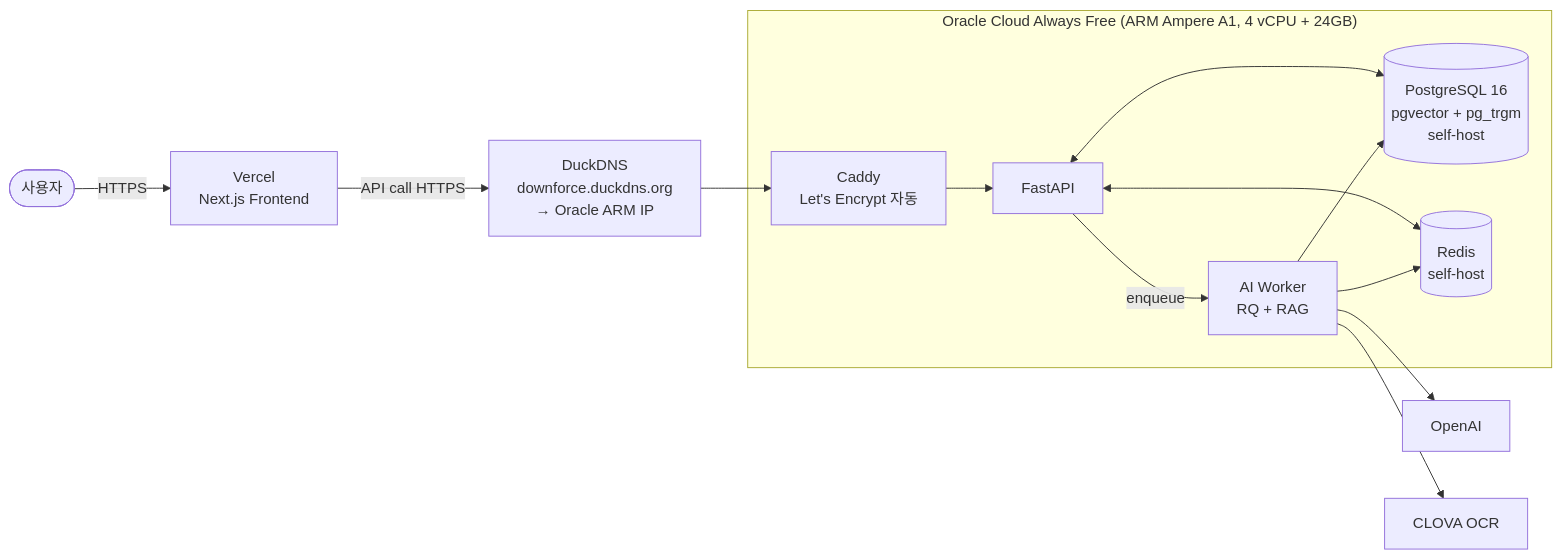
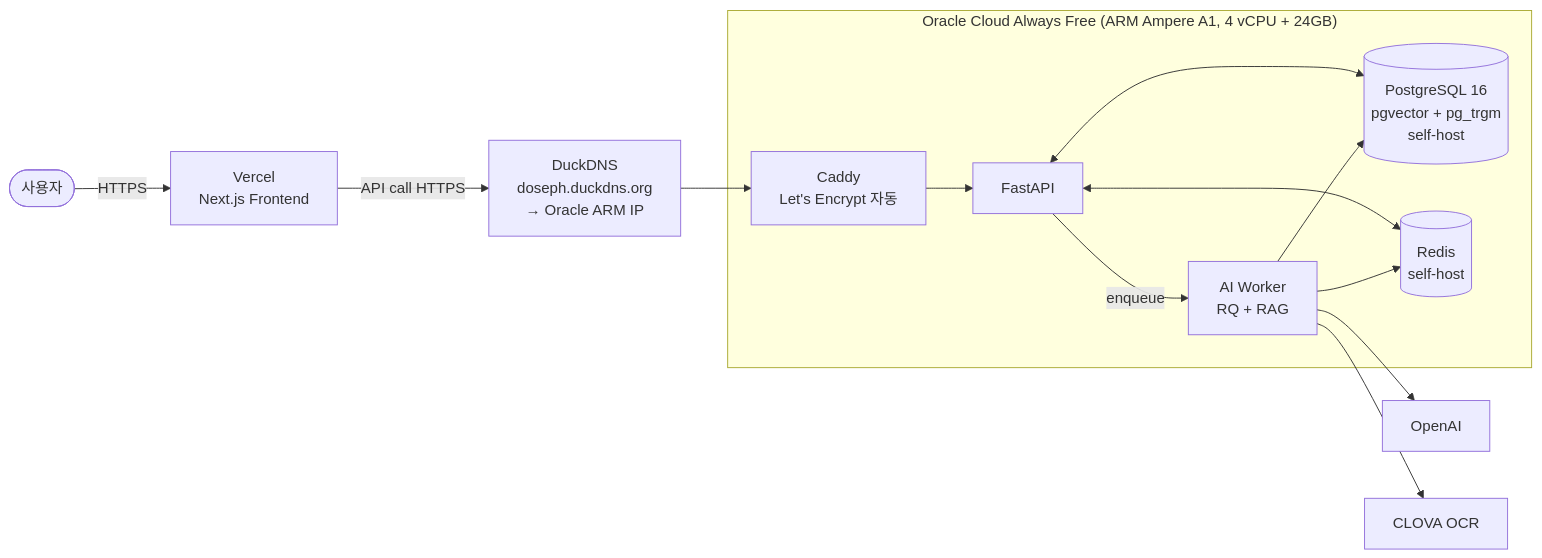
Before and after one commit to kimyeongbin-dev/DownForce: the second of 2 diagrams in docs/plans/v2_0_redeployment.md, drawn with Mermaid. The commit also changed other lines of this file and 23 other files, not shown here.

First line of the commit message:
chore: 프로젝트명 Downforce → Doseph 전면 변경

````diff
--- a/docs/plans/v2_0_redeployment.md
+++ b/docs/plans/v2_0_redeployment.md
@@ -174,22 +174,22 @@
 ```mermaid
 flowchart LR
     User(["사용자"]) -->|HTTPS| VR["Vercel<br/>Next.js Frontend"]
-    VR -->|API call HTTPS| DD["DuckDNS<br/>downforce.duckdns.org<br/>→ Oracle ARM IP"]
+    VR -->|API call HTTPS| DD["DuckDNS<br/>doseph.duckdns.org<br/>→ Oracle ARM IP"]
     DD --> CA["Caddy<br/>Let's Encrypt 자동"]
     CA --> API["FastAPI"]
     API <--> PG[("PostgreSQL 16<br/>pgvector + pg_trgm<br/>self-host")]
     API <--> RD[("Redis<br/>self-host")]
     API -->|enqueue| W["AI Worker<br/>RQ + RAG"]
     W --> PG
     W --> RD
     W --> OAI["OpenAI"]
     W --> CLV["CLOVA OCR"]
 
     subgraph "Oracle Cloud Always Free (ARM Ampere A1, 4 vCPU + 24GB)"
         CA
         API
         PG
         RD
         W
     end
 ```
````
